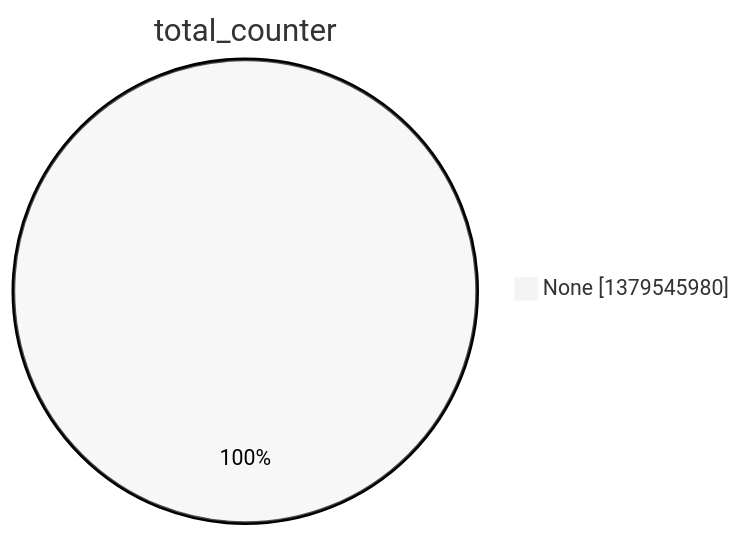
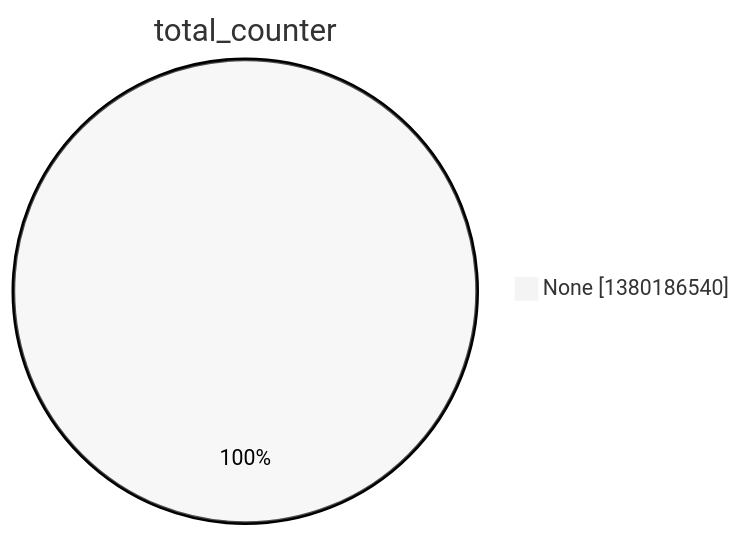
The second of 15 diagrams in argon2022/README.md (christiankrug/ctmonitor_visualization), drawn with Mermaid (neutral theme) before and after one commit. The commit also changed other lines of this file, not shown here.

````diff
--- a/argon2022/README.md
+++ b/argon2022/README.md
@@ -9,5 +9,5 @@
 ```mermaid
 pie showData
 title total_counter
-"None" :1379545980
+"None" :1380186540
 ```
````
